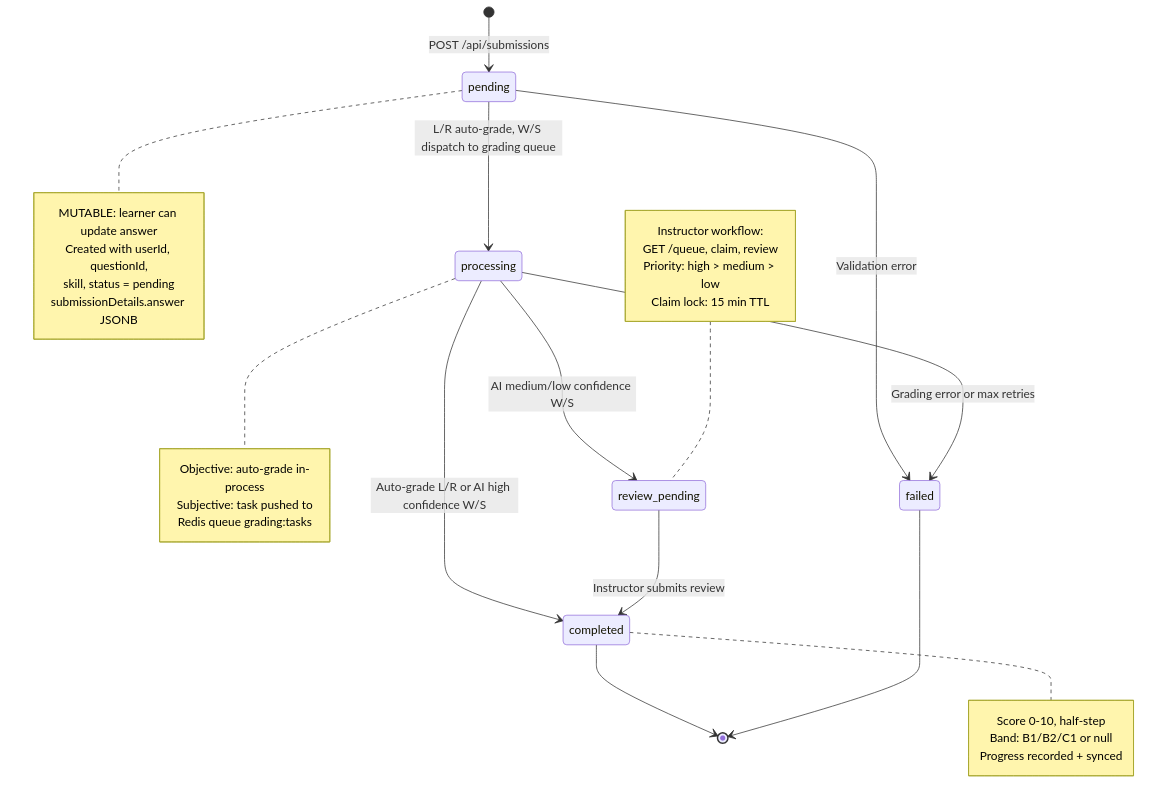
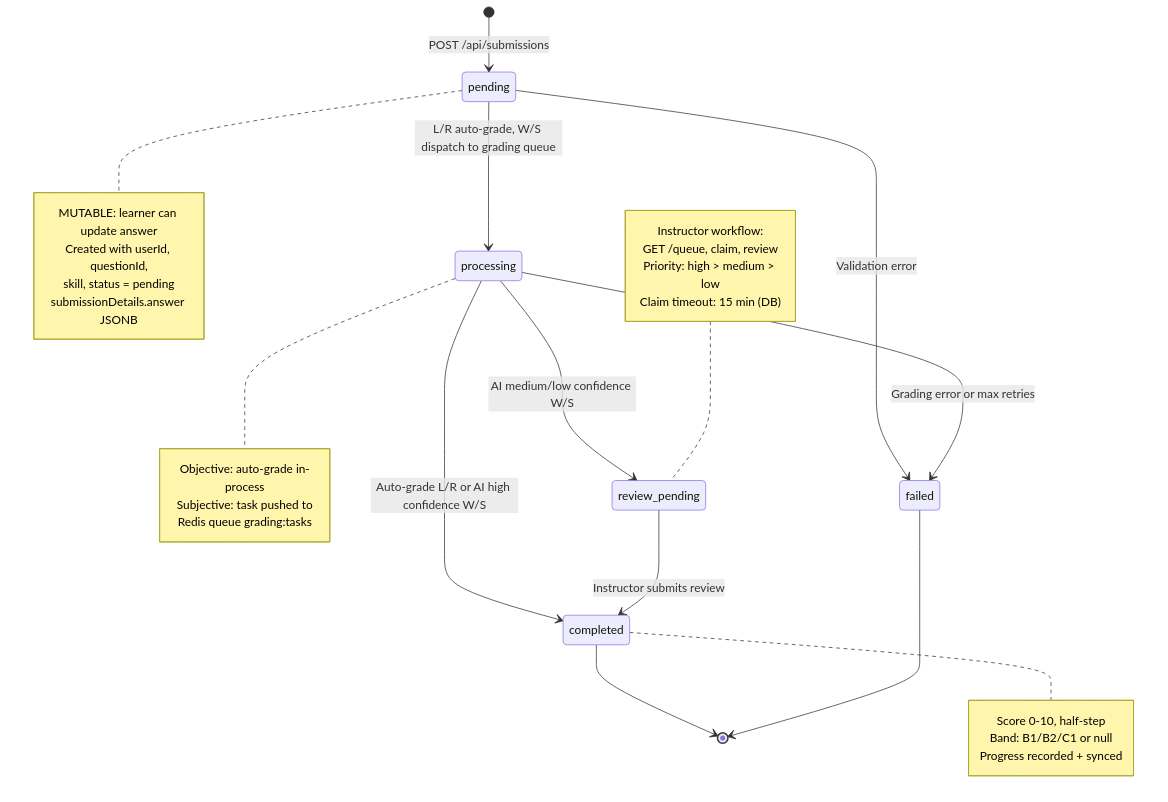
One commit to nghyane/VSTEP changed diagram 14 of 16 in docs/capstone/reports/ENG/report3-software-requirement-specification.md. Above: the diagram before and after it, drawn with Mermaid. The commit also changed other lines of this file and 1 other file, not shown here.

Commit message:
docs: align report 3 with current architecture

````diff
--- a/docs/capstone/reports/ENG/report3-software-requirement-specification.md
+++ b/docs/capstone/reports/ENG/report3-software-requirement-specification.md
@@ -1640,42 +1620,42 @@
 ```mermaid
 stateDiagram-v2
     [*] --> pending: POST /api/submissions
 
     pending --> processing: L/R auto-grade, W/S dispatch to grading queue
     pending --> failed: Validation error
 
     processing --> completed: Auto-grade L/R or AI high confidence W/S
     processing --> review_pending: AI medium/low confidence W/S
     processing --> failed: Grading error or max retries
 
     review_pending --> completed: Instructor submits review
 
     completed --> [*]
     failed --> [*]
 
     note right of pending
         MUTABLE: learner can update answer
         Created with userId, questionId,
         skill, status = pending
         submissionDetails.answer JSONB
     end note
 
     note right of processing
         Objective: auto-grade in-process
         Subjective: task pushed to
         Redis queue grading:tasks
     end note
 
     note left of review_pending
         Instructor workflow:
         GET /queue, claim, review
         Priority: high > medium > low
-        Claim lock: 15 min TTL
+        Claim timeout: 15 min (DB)
     end note
 
     note right of completed
         Score 0-10, half-step
         Band: B1/B2/C1 or null
         Progress recorded + synced
     end note
 ```
````
